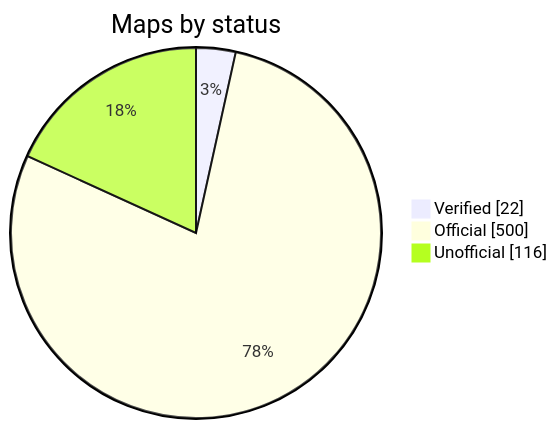
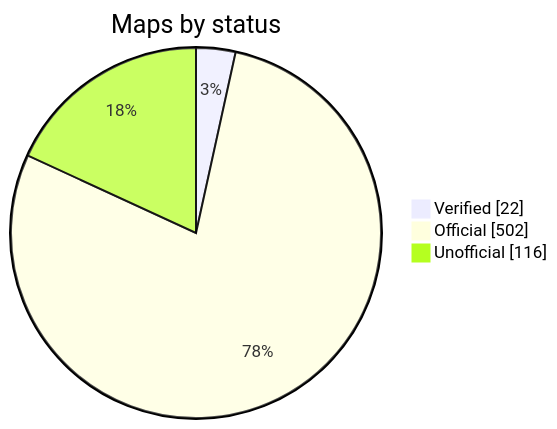
Before and after one commit to nobrega8/mbmap-library: the diagram in README.md, drawn with Mermaid. The commit also changed 7 other files, not shown here.

````diff
--- a/README.md
+++ b/README.md
@@ -52,7 +52,7 @@
 ```mermaid
 pie showData
     title Maps by status
     "Verified" : 22
-    "Official" : 500
+    "Official" : 502
     "Unofficial" : 116
 ```
````
